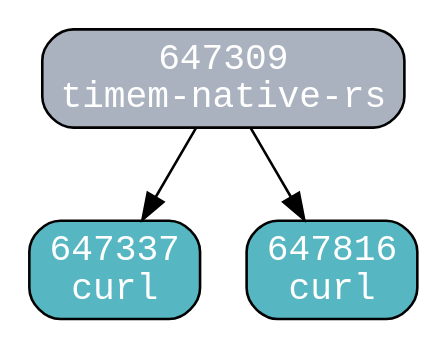
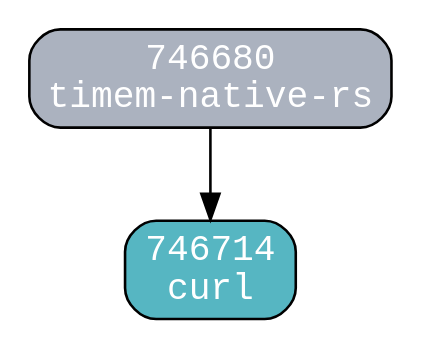
One commit to Claud-Ling/agent-sight changed the diagram in research/timemai-process-model/output/process_tree_T5b-process-model.dot. Above: the diagram before and after it, drawn with Graphviz. The commit also changed 33 other files, not shown here.

```diff
--- a/research/timemai-process-model/output/process_tree_T5b-process-model.dot
+++ b/research/timemai-process-model/output/process_tree_T5b-process-model.dot
@@ -1,10 +1,8 @@
 digraph process_tree {
   rankdir=TB;
   node [shape=box, style=rounded, fontname=monospace];
   edge [fontname=monospace, fontsize=10];
-  647309 [label="647309\ntimem-native-rs" fillcolor="#ABB2BF" style="filled,rounded" fontcolor="white"];
-  647337 [label="647337\ncurl" fillcolor="#56B6C2" style="filled,rounded" fontcolor="white"];
-  647309 -> 647337;
-  647816 [label="647816\ncurl" fillcolor="#56B6C2" style="filled,rounded" fontcolor="white"];
-  647309 -> 647816;
+  746680 [label="746680\ntimem-native-rs" fillcolor="#ABB2BF" style="filled,rounded" fontcolor="white"];
+  746714 [label="746714\ncurl" fillcolor="#56B6C2" style="filled,rounded" fontcolor="white"];
+  746680 -> 746714;
 }
```
